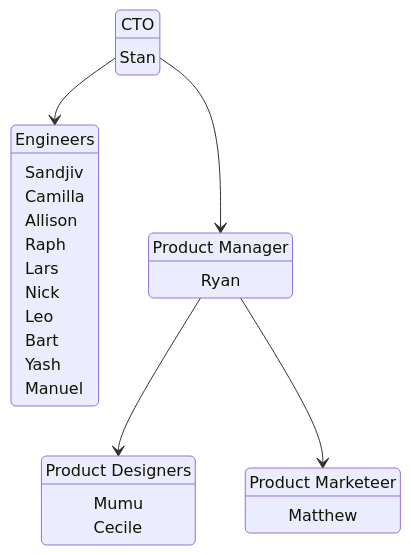
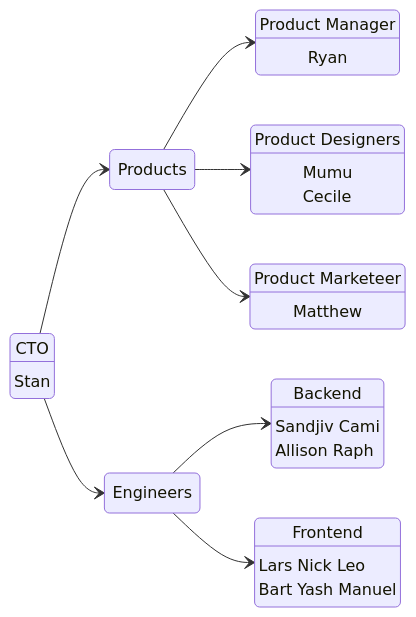
The diagram in _drafts/2024-10-31-paradigm-shift.md (StanBoyet/blog), drawn with Mermaid before and after one commit.

Commit message:
balande mermaid chart in paradigm-shift

`````diff
--- a/_drafts/2024-10-31-paradigm-shift.md
+++ b/_drafts/2024-10-31-paradigm-shift.md
@@ -31,31 +31,34 @@
 ````mermaid
 stateDiagram-v2
+  direction LR
   state "CTO" as cto
   state "Stan" as cto
+  cto --> products
   cto --> engineers
-  cto --> products
 
   state "Engineers" as engineers
-  state "Sandjiv" as engineers
-  state "Camilla" as engineers
-  state "Allison" as engineers
-  state "Raph" as engineers
-  state "Lars" as engineers
-  state "Nick" as engineers
-  state "Leo" as engineers
-  state "Bart" as engineers
-  state "Yash" as engineers
-  state "Manuel" as engineers
+  engineers --> backeend_engineers
+  engineers --> frontend_engineers
 
-  state "Product Manager" as products
-  state "Ryan" as products
+
+  state "Backend" as backeend_engineers
+  state "Frontend" as frontend_engineers
+  state "Sandjiv Cami" as backeend_engineers
+  state "Allison Raph" as backeend_engineers
+  state "Lars Nick Leo" as frontend_engineers
+  state "Bart Yash Manuel" as frontend_engineers
+
+  state "Products" as products
+  state "Product Manager" as product_manager
+  state "Ryan" as product_manager
+  products --> product_manager
   products --> designers
   products --> product_marketeers
   
   state "Product Designers" as designers
   state "Mumu" as designers
   state "Cecile" as designers
 
   state "Product Marketeer" as product_marketeers
   state "Matthew" as product_marketeers
 ````
`````
